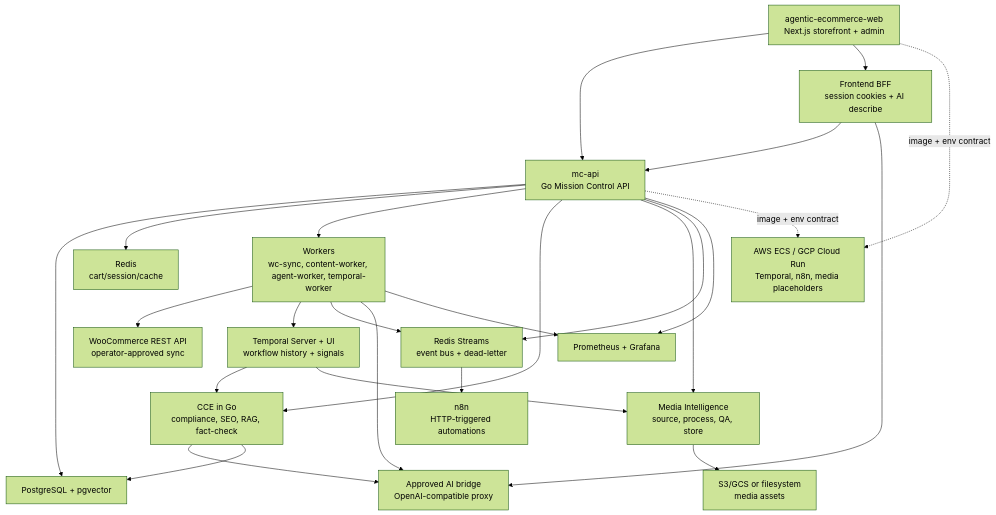
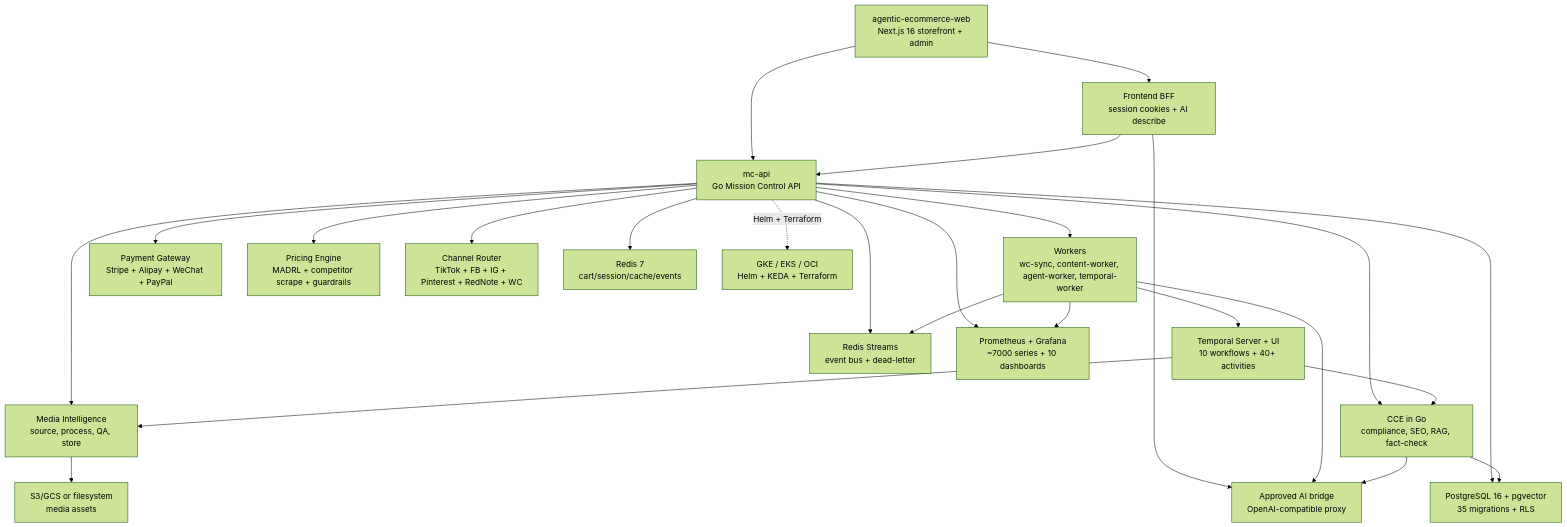
One commit to nfsarch33/agentic-ecommerce changed the diagram in README.md. Above: the diagram before and after it, drawn with Mermaid (forest theme). The commit also changed other lines of this file and 5 other files, not shown here.

````diff
--- a/README.md
+++ b/README.md
@@ -18,44 +29,45 @@
 ```mermaid
 flowchart TB
-  Web["agentic-ecommerce-web\nNext.js storefront + admin"]
+  Web["agentic-ecommerce-web\nNext.js 16 storefront + admin"]
   BFF["Frontend BFF\nsession cookies + AI describe"]
   API["mc-api\nGo Mission Control API"]
   Workers["Workers\nwc-sync, content-worker, agent-worker, temporal-worker"]
-  Temporal["Temporal Server + UI\nworkflow history + signals"]
-  N8N["n8n\nHTTP-triggered automations"]
+  Temporal["Temporal Server + UI\n10 workflows + 40+ activities"]
   EventBus["Redis Streams\nevent bus + dead-letter"]
   CCE["CCE in Go\ncompliance, SEO, RAG, fact-check"]
   MIS["Media Intelligence\nsource, process, QA, store"]
-  Postgres["PostgreSQL + pgvector"]
+  Payment["Payment Gateway\nStripe + Alipay + WeChat + PayPal"]
+  Pricing["Pricing Engine\nMADRL + competitor scrape + guardrails"]
+  Channel["Channel Router\nTikTok + FB + IG + Pinterest + RedNote + WC"]
+  Postgres["PostgreSQL 16 + pgvector\n35 migrations + RLS"]
   ObjectStore["S3/GCS or filesystem\nmedia assets"]
-  Redis["Redis\ncart/session/cache"]
-  Woo["WooCommerce REST API\noperator-approved sync"]
+  Redis["Redis 7\ncart/session/cache/events"]
   Bridge["Approved AI bridge\nOpenAI-compatible proxy"]
-  Monitoring["Prometheus + Grafana"]
-  Cloud["AWS ECS / GCP Cloud Run\nTemporal, n8n, media placeholders"]
+  Monitoring["Prometheus + Grafana\n~7000 series + 10 dashboards"]
+  Cloud["GKE / EKS / OCI\nHelm + KEDA + Terraform"]
 
   Web --> API
   Web --> BFF
   BFF --> API
   BFF --> Bridge
   API --> Postgres
   API --> Redis
   API --> Workers
   API --> CCE
   API --> MIS
   API --> EventBus
-  Workers --> Woo
+  API --> Payment
+  API --> Pricing
+  API --> Channel
   Workers --> Temporal
   Workers --> EventBus
-  EventBus --> N8N
   Temporal --> CCE
   Temporal --> MIS
   Workers --> Bridge
   CCE --> Bridge
   CCE --> Postgres
   MIS --> ObjectStore
   API --> Monitoring
   Workers --> Monitoring
-  API -. image + env contract .-> Cloud
-  Web -. image + env contract .-> Cloud
+  API -. Helm + Terraform .-> Cloud
 ```
````
